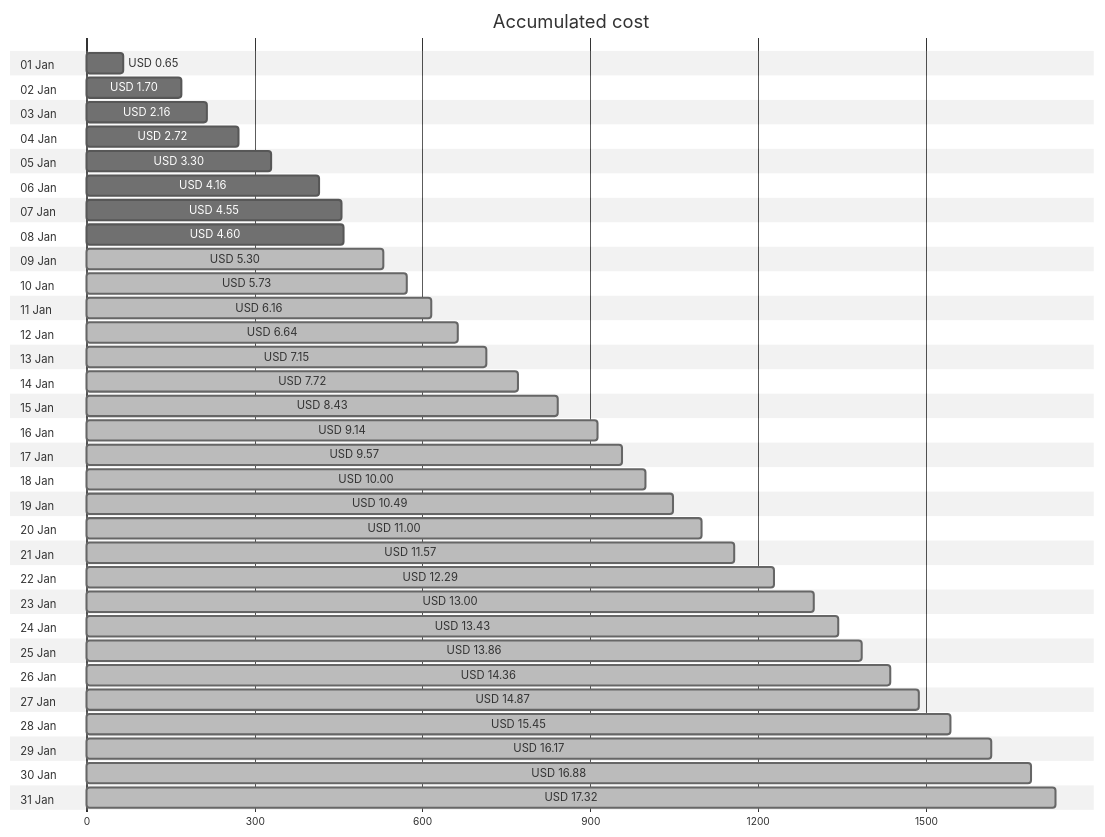
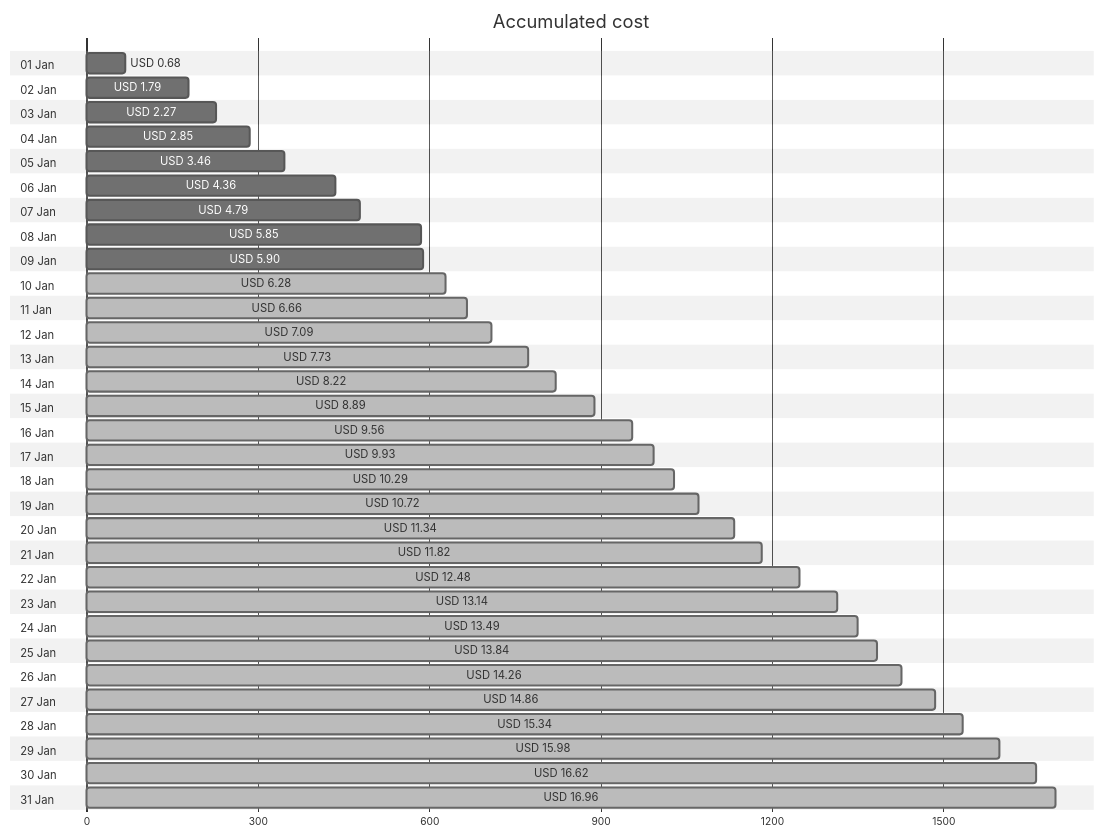
The first of 4 diagrams in cost-reports/personal-network/vpn-server.md (jpfulton/azure-personal-reports), drawn with Mermaid (neutral theme) before and after one commit. The commit also changed other lines of this file and 8 other files, not shown here.

````diff
--- a/cost-reports/personal-network/vpn-server.md
+++ b/cost-reports/personal-network/vpn-server.md
@@ -20,68 +20,68 @@
 ```mermaid
 gantt
    title Accumulated cost
    dateFormat  X
    axisFormat %s
    section 01 Jan
-   USD 0.65 :0, 65
+   USD 0.68 :0, 68
    section 02 Jan
-   USD 1.70 :0, 170
+   USD 1.79 :0, 179
    section 03 Jan
-   USD 2.16 :0, 216
+   USD 2.27 :0, 227
    section 04 Jan
-   USD 2.72 :0, 272
+   USD 2.85 :0, 285
    section 05 Jan
-   USD 3.30 :0, 330
+   USD 3.46 :0, 346
    section 06 Jan
-   USD 4.16 :0, 416
+   USD 4.36 :0, 436
    section 07 Jan
-   USD 4.55 :0, 455
+   USD 4.79 :0, 479
    section 08 Jan
-   USD 4.60 :0, 460
+   USD 5.85 :0, 585
    section 09 Jan
-   USD 5.30 : done, 0, 530
+   USD 5.90 :0, 590
    section 10 Jan
-   USD 5.73 : done, 0, 573
+   USD 6.28 : done, 0, 628
    section 11 Jan
-   USD 6.16 : done, 0, 616
+   USD 6.66 : done, 0, 666
    section 12 Jan
-   USD 6.64 : done, 0, 664
+   USD 7.09 : done, 0, 709
    section 13 Jan
-   USD 7.15 : done, 0, 715
+   USD 7.73 : done, 0, 773
    section 14 Jan
-   USD 7.72 : done, 0, 772
+   USD 8.22 : done, 0, 822
    section 15 Jan
-   USD 8.43 : done, 0, 843
+   USD 8.89 : done, 0, 889
    section 16 Jan
-   USD 9.14 : done, 0, 914
+   USD 9.56 : done, 0, 956
    section 17 Jan
-   USD 9.57 : done, 0, 957
+   USD 9.93 : done, 0, 993
    section 18 Jan
-   USD 10.00 : done, 0, 1000
+   USD 10.29 : done, 0, 1029
    section 19 Jan
-   USD 10.49 : done, 0, 1049
+   USD 10.72 : done, 0, 1072
    section 20 Jan
-   USD 11.00 : done, 0, 1100
+   USD 11.34 : done, 0, 1134
    section 21 Jan
-   USD 11.57 : done, 0, 1157
+   USD 11.82 : done, 0, 1182
    section 22 Jan
-   USD 12.29 : done, 0, 1229
+   USD 12.48 : done, 0, 1248
    section 23 Jan
-   USD 13.00 : done, 0, 1300
+   USD 13.14 : done, 0, 1314
    section 24 Jan
-   USD 13.43 : done, 0, 1343
+   USD 13.49 : done, 0, 1349
    section 25 Jan
-   USD 13.86 : done, 0, 1386
+   USD 13.84 : done, 0, 1384
    section 26 Jan
-   USD 14.36 : done, 0, 1436
+   USD 14.26 : done, 0, 1426
    section 27 Jan
-   USD 14.87 : done, 0, 1487
+   USD 14.86 : done, 0, 1486
    section 28 Jan
-   USD 15.45 : done, 0, 1545
+   USD 15.34 : done, 0, 1534
    section 29 Jan
-   USD 16.17 : done, 0, 1617
+   USD 15.98 : done, 0, 1598
    section 30 Jan
-   USD 16.88 : done, 0, 1688
+   USD 16.62 : done, 0, 1662
    section 31 Jan
-   USD 17.32 : done, 0, 1732
+   USD 16.96 : done, 0, 1696
 ```
````
